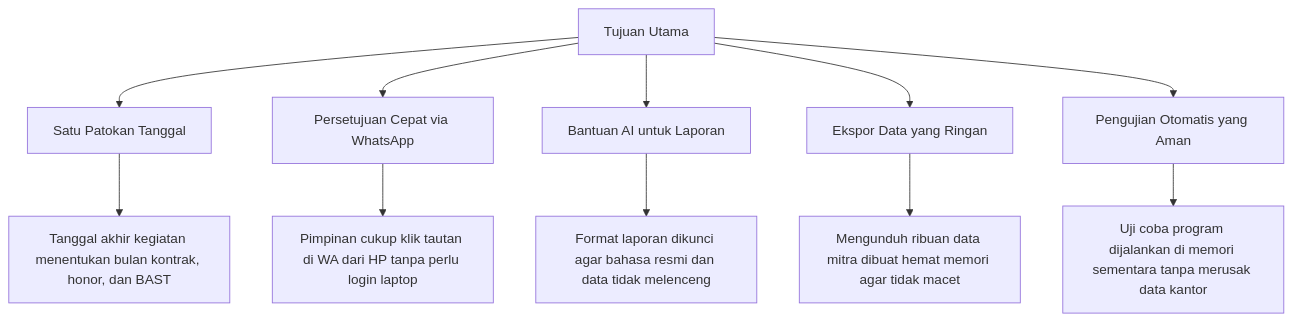
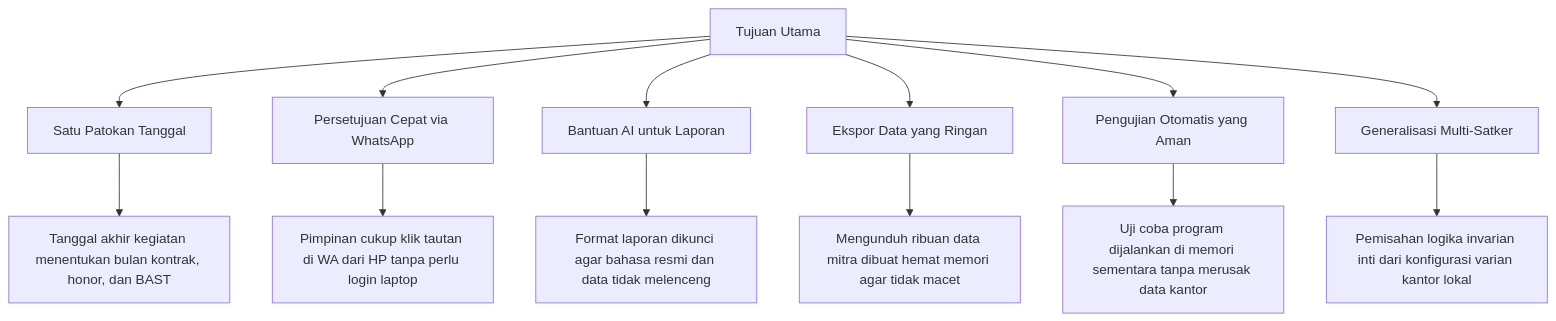
One commit to ihkaru/sipedas changed the diagram in docs/architecture/04_solution_strategy.md. Above: the diagram before and after it, drawn with Mermaid. The commit also changed other lines of this file and 53 other files, not shown here.

````diff
--- a/docs/architecture/04_solution_strategy.md
+++ b/docs/architecture/04_solution_strategy.md
@@ -15,14 +15,16 @@
 ```mermaid
 graph TD
     A["Tujuan Utama"] --> B["Satu Patokan Tanggal"]
     A --> C["Persetujuan Cepat via WhatsApp"]
     A --> D["Bantuan AI untuk Laporan"]
     A --> E["Ekspor Data yang Ringan"]
     A --> F["Pengujian Otomatis yang Aman"]
+    A --> G["Generalisasi Multi-Satker"]
 
     B --> B1["Tanggal akhir kegiatan menentukan bulan kontrak, honor, dan BAST"]
     C --> C1["Pimpinan cukup klik tautan di WA dari HP tanpa perlu login laptop"]
     D --> D1["Format laporan dikunci agar bahasa resmi dan data tidak melenceng"]
     E --> E1["Mengunduh ribuan data mitra dibuat hemat memori agar tidak macet"]
     F --> F1["Uji coba program dijalankan di memori sementara tanpa merusak data kantor"]
+    G --> G1["Pemisahan logika invarian inti dari konfigurasi varian kantor lokal"]
 ```
````
